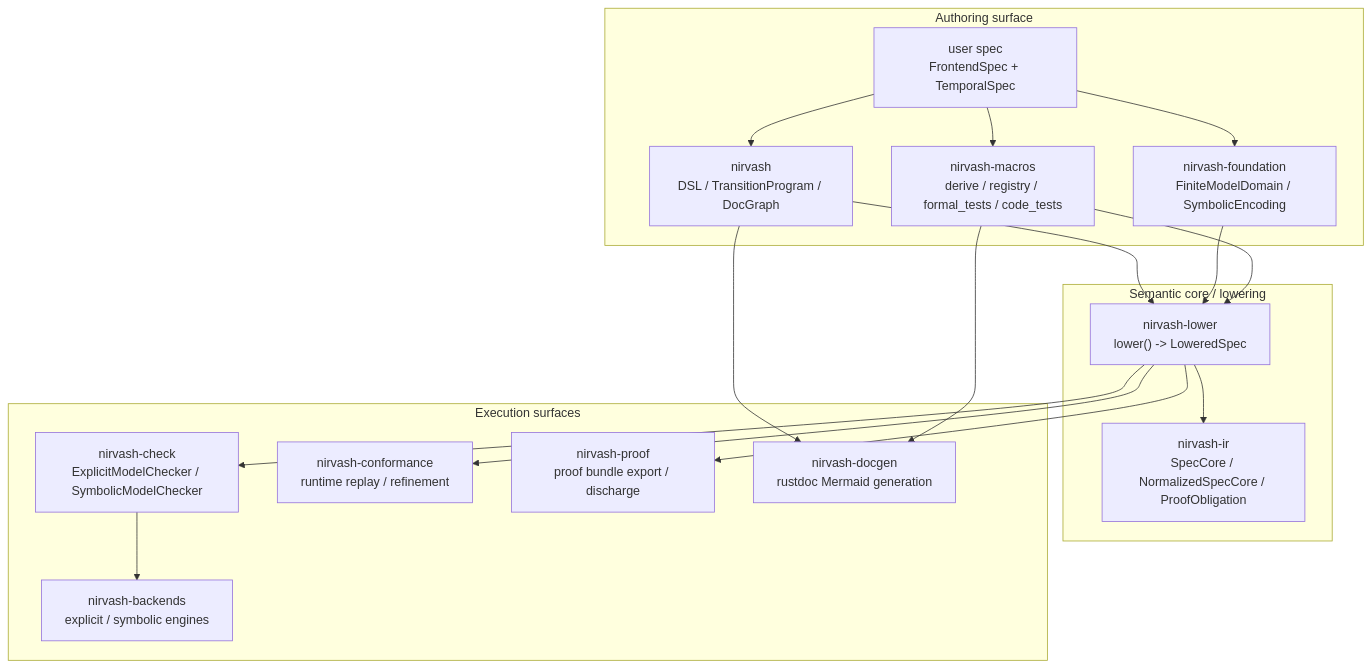
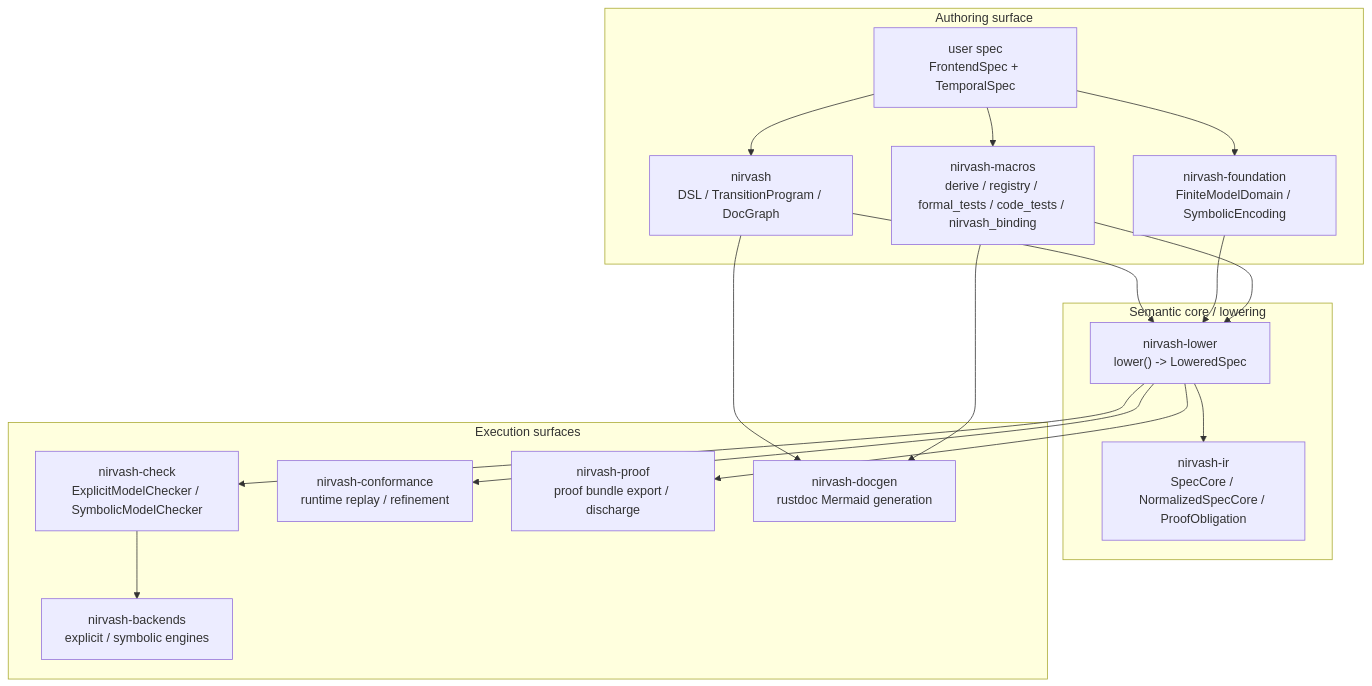
The first of 2 diagrams in crates/nirvash/README.md (yieldspace/imago), drawn with Mermaid before and after one commit. The commit also changed other lines of this file and 55 other files, not shown here.

````diff
--- a/crates/nirvash/README.md
+++ b/crates/nirvash/README.md
@@ -17,36 +17,36 @@
 ```mermaid
 flowchart TB
     subgraph authoring["Authoring surface"]
         spec["user spec<br/>FrontendSpec + TemporalSpec"]
         nirvash_root["nirvash<br/>DSL / TransitionProgram / DocGraph"]
         foundation["nirvash-foundation<br/>FiniteModelDomain / SymbolicEncoding"]
-        macros["nirvash-macros<br/>derive / registry / formal_tests / code_tests"]
+        macros["nirvash-macros<br/>derive / registry / formal_tests / code_tests / nirvash_binding"]
     end
 
     subgraph lowering["Semantic core / lowering"]
         lower["nirvash-lower<br/>lower() -> LoweredSpec"]
         ir["nirvash-ir<br/>SpecCore / NormalizedSpecCore / ProofObligation"]
     end
 
     subgraph execution["Execution surfaces"]
         check["nirvash-check<br/>ExplicitModelChecker / SymbolicModelChecker"]
         backends["nirvash-backends<br/>explicit / symbolic engines"]
         conformance["nirvash-conformance<br/>runtime replay / refinement"]
         proof["nirvash-proof<br/>proof bundle export / discharge"]
         docgen["nirvash-docgen<br/>rustdoc Mermaid generation"]
     end
 
     spec --> nirvash_root
     spec --> foundation
     spec --> macros
     nirvash_root --> lower
     foundation --> lower
     macros --> lower
     lower --> ir
     lower --> check
     check --> backends
     lower --> conformance
     lower --> proof
     nirvash_root --> docgen
     macros --> docgen
 ```
````
